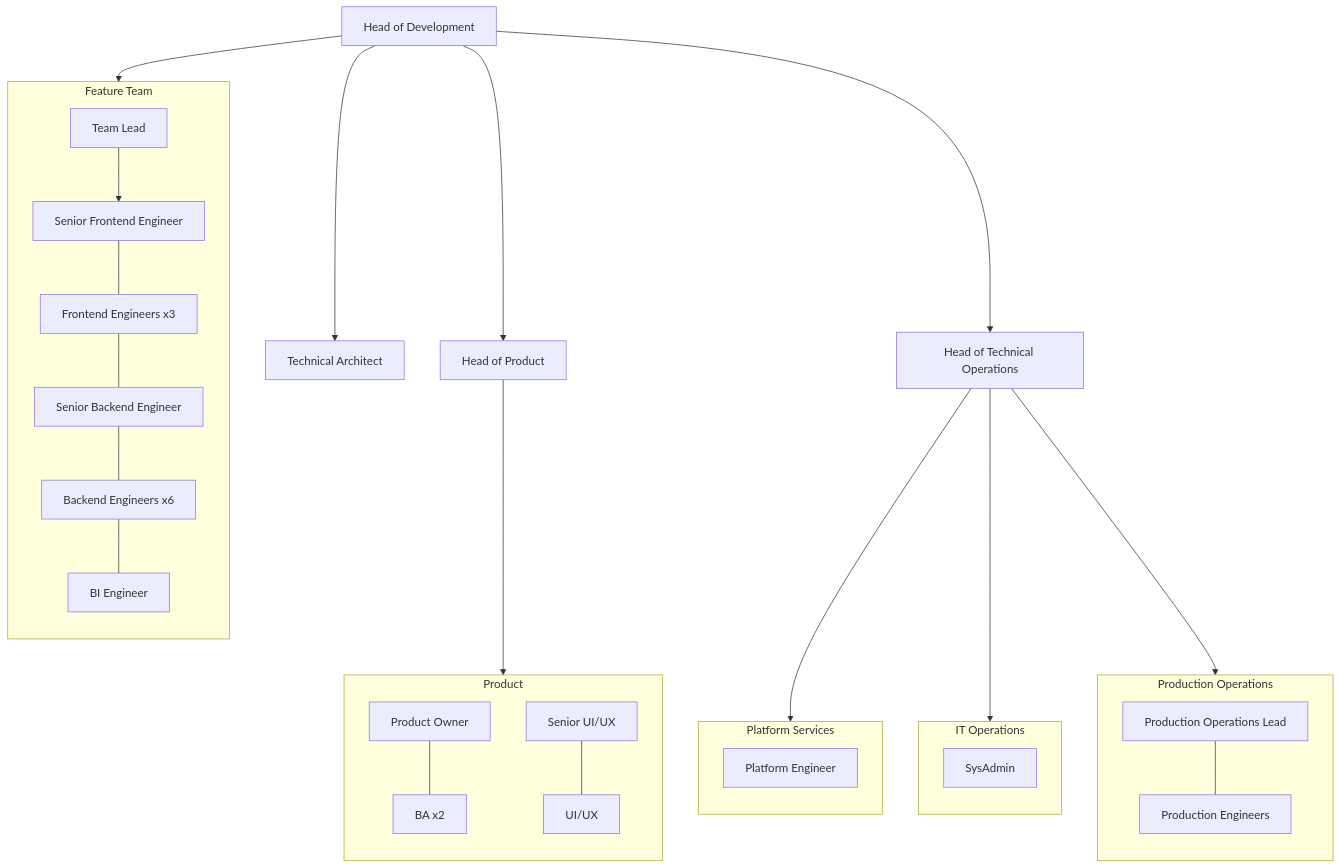
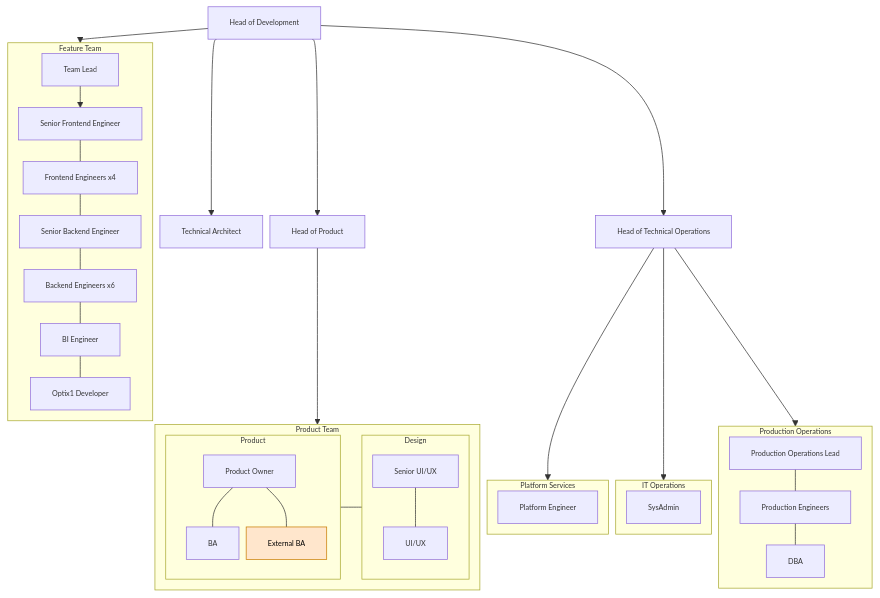
The diagram in OrganisationChart.md (michaeljholmes/OrgNetlify), drawn with Mermaid before and after one commit. The commit also changed other lines of this file and 2 other files, not shown here.

Commit message:
Updated new proposed team

````diff
--- a/OrganisationChart.md
+++ b/OrganisationChart.md
@@ -4,61 +5,81 @@
 ```mermaid
+%%{init: {'themeVariables': {'fontSize': '10px'}, 'flowchart': {'nodeSpacing': 10, 'rankSpacing': 5}}}%%
 flowchart TB
     HOD[Head of Development]
 
     HOD --> TA[Technical Architect]
     HOD --> HOP[Head of Product]
     HOD --> HTO[Head of Technical Operations]
 
     HOD --> FT1
 
     subgraph FT1[Feature Team]
         direction TB
         TL[Team Lead]
         SFE[Senior Frontend Engineer]
-        FE1[Frontend Engineers x3]
+        FE1[Frontend Engineers x4]
         SBE[Senior Backend Engineer]
         BE1[Backend Engineers x6]
         BI[BI Engineer]
+        O1D[Optix1 Developer]
 
         TL --> SFE
         SFE --- FE1
         FE1 --- SBE
         SBE --- BE1
         BE1 --- BI
+        BI --- O1D
     end
 
-    subgraph PRODUCT[Product]
-        direction TB
-        PO[Product Owner]
-        BA[BA x2]
-        HOUIUX[Senior UI/UX]
-        UX[UI/UX]
+    subgraph PRODUCT[Product Team]
+        direction LR
 
+        subgraph PRODUCT_REQ[Product]
+            direction TB
+            PO[Product Owner]
+            BA[BA]
+            EBA[External BA]
 
-        PO --- BA
-        HOUIUX --- UX
+            PO --- BA
+            PO --- EBA
+        end
+
+        subgraph PRODUCT_UX[Design]
+            direction TB
+            HOUIUX[Senior UI/UX]
+            UX[UI/UX]
+
+            HOUIUX --- UX
+        end
+
+        PRODUCT_REQ --- PRODUCT_UX
     end
     HOP --> PRODUCT
+
+    classDef externalBa fill:#FFE6CC,stroke:#C97C00,color:#000;
+    class EBA externalBa;
 
     subgraph PLATFORM_SERVICES[Platform Services]
         direction TB
         PE[Platform Engineer]
     end
 
     subgraph ITOPS[IT Operations]
         direction TB
         SA[SysAdmin]
     end
 
     subgraph PRODUCTION[Production Operations]
         direction TB
         POL[Production Operations Lead]
         PRODE[Production Engineers]
+        DBA[DBA]
 
         POL --- PRODE
+        PRODE --- DBA
     end
 
     HTO --> PLATFORM_SERVICES
     HTO --> ITOPS
     HTO --> PRODUCTION
 ```
````
